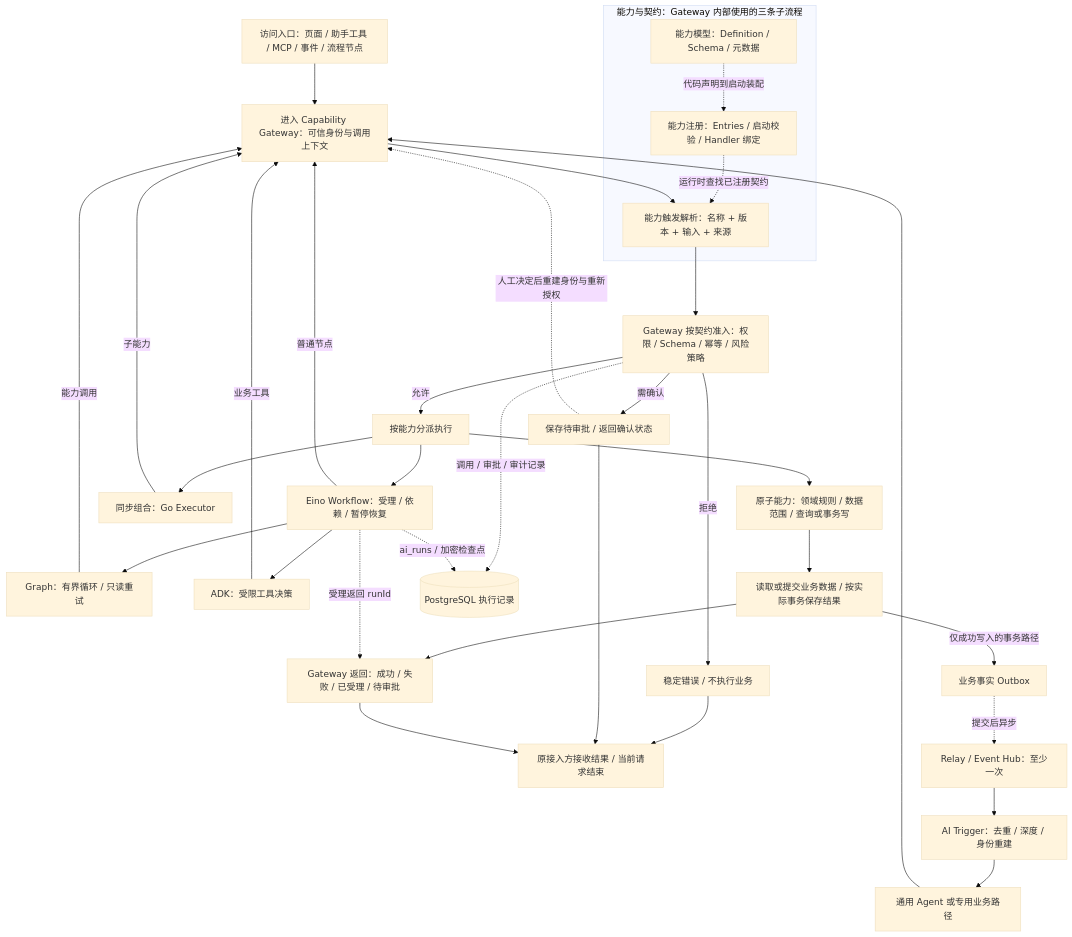
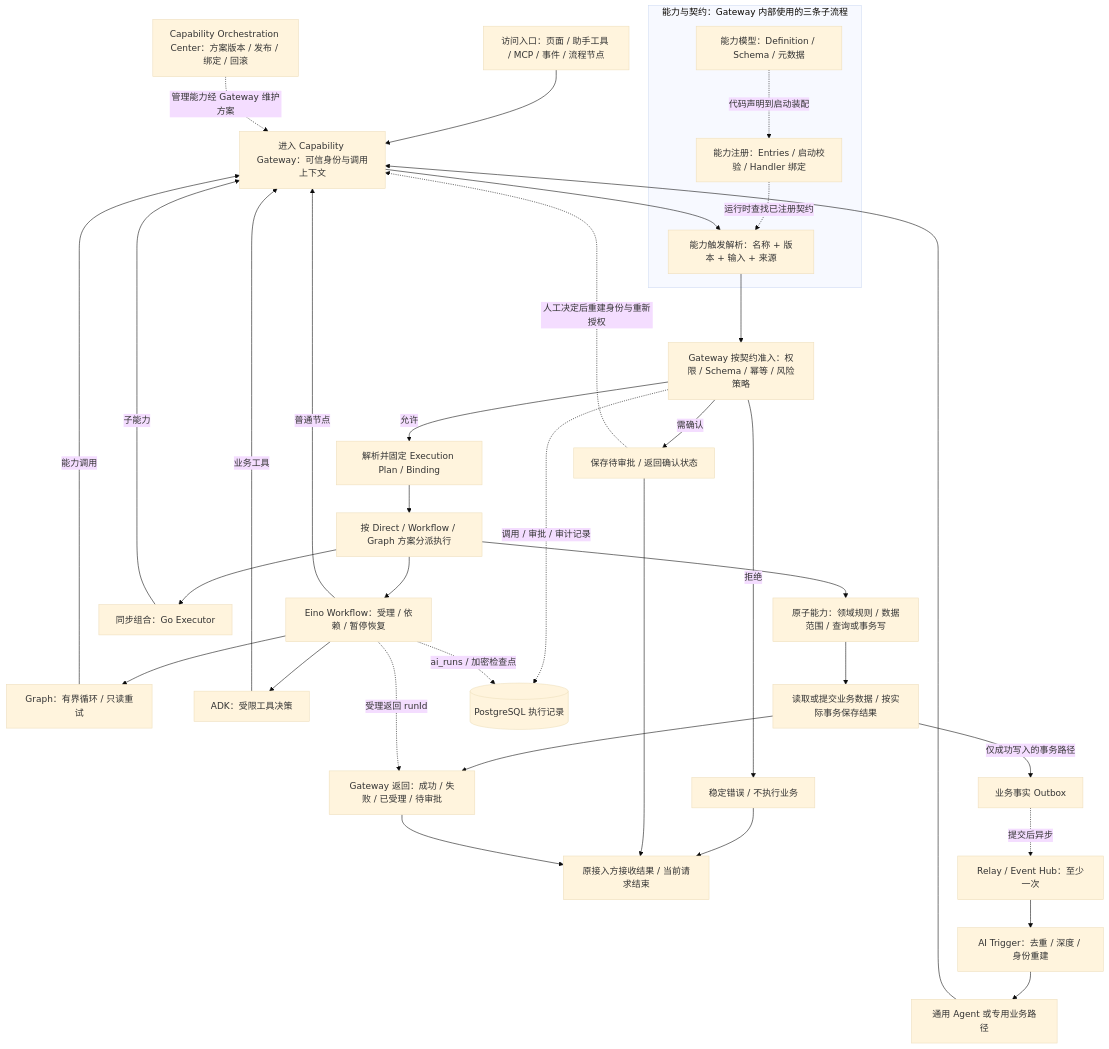
One commit to itophp/horizon changed the diagram in docs/architecture.md. Above: the diagram before and after it, drawn with Mermaid (base theme). The commit also changed other lines of this file and 95 other files, not shown here.

First line of the commit message:
feat(capability): add versioned execution plans and orchestration center

````diff
--- a/docs/architecture.md
+++ b/docs/architecture.md
@@ -27,39 +28,41 @@
 ```mermaid
 flowchart TD
     ACCESS[访问入口：页面 / 助手工具 / MCP / 事件 / 流程节点] --> GW[进入 Capability Gateway：可信身份与调用上下文]
     subgraph CONTRACT[能力与契约：Gateway 内部使用的三条子流程]
         MODEL[能力模型：Definition / Schema / 元数据]
         REG[能力注册：Entries / 启动校验 / Handler 绑定]
         RESOLVE[能力触发解析：名称 + 版本 + 输入 + 来源]
         MODEL -. 代码声明到启动装配 .-> REG
         REG -. 运行时查找已注册契约 .-> RESOLVE
     end
     GW --> RESOLVE
     RESOLVE --> CHECK[Gateway 按契约准入：权限 / Schema / 幂等 / 风险策略]
     CHECK -->|拒绝| ERROR[稳定错误 / 不执行业务]
     CHECK -->|需确认| WAIT[保存待审批 / 返回确认状态]
-    CHECK -->|允许| DISPATCH[按能力分派执行]
+    CHECK -->|允许| SELECT[解析并固定 Execution Plan / Binding]
+    CENTER[Capability Orchestration Center：方案版本 / 发布 / 绑定 / 回滚] -. 管理能力经 Gateway 维护方案 .-> GW
+    SELECT --> DISPATCH[按 Direct / Workflow / Graph 方案分派执行]
     WAIT -. 人工决定后重建身份与重新授权 .-> GW
     DISPATCH --> ATOM[原子能力：领域规则 / 数据范围 / 查询或事务写]
     DISPATCH --> COMPOSE[同步组合：Go Executor]
     DISPATCH --> ORCH[Eino Workflow：受理 / 依赖 / 暂停恢复]
     COMPOSE -->|子能力| GW
     ORCH -->|普通节点| GW
     ORCH --> GRAPH[Graph：有界循环 / 只读重试]
     ORCH --> AGENT[ADK：受限工具决策]
     GRAPH -->|能力调用| GW
     AGENT -->|业务工具| GW
     ATOM --> DB[读取或提交业务数据 / 按实际事务保存结果]
     DB --> RESULT[Gateway 返回：成功 / 失败 / 已受理 / 待审批]
     ORCH -. 受理返回 runId .-> RESULT
     ERROR --> END[原接入方接收结果 / 当前请求结束]
     WAIT --> END
     RESULT --> END
     CHECK -. 调用 / 审批 / 审计记录 .-> LOG[(PostgreSQL 执行记录)]
     ORCH -. ai_runs / 加密检查点 .-> LOG
     DB -->|仅成功写入的事务路径| OUTBOX[业务事实 Outbox]
     OUTBOX -. 提交后异步 .-> HUB[Relay / Event Hub：至少一次]
     HUB --> TRIGGER[AI Trigger：去重 / 深度 / 身份重建]
     TRIGGER --> NEXT[通用 Agent 或专用业务路径]
     NEXT --> GW
 ```
````
